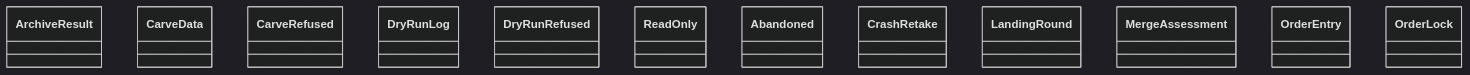
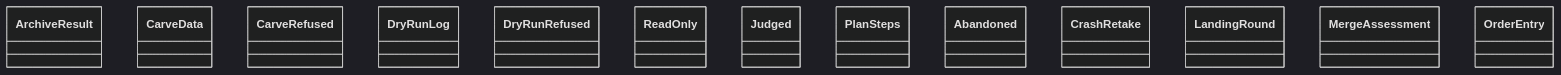
One commit to GonzaloZevallos/agentic-system changed the diagram in docs/architecture/generated/classes-process-application-lifecycle-1.md. Above: the diagram before and after it, drawn with Mermaid (dark theme). The commit also changed other lines of this file and 7 other files, not shown here.

Commit message:
Test the carve-out procedure and place it in the docs clusters

````diff
--- a/docs/architecture/generated/classes-process-application-lifecycle-1.md
+++ b/docs/architecture/generated/classes-process-application-lifecycle-1.md
@@ -19,15 +19,16 @@
 ```mermaid
 classDiagram
     class archive__ArchiveResult["ArchiveResult"]
     class carve_out__CarveData["CarveData"]
     class carve_out__CarveRefused["CarveRefused"]
     class dry_run__DryRunLog["DryRunLog"]
     class dry_run__DryRunRefused["DryRunRefused"]
     class dry_run__ReadOnly["ReadOnly"]
+    class plan_carve_out__Judged["Judged"]
+    class plan_carve_out__PlanSteps["PlanSteps"]
     class poll__Abandoned["Abandoned"]
     class poll__CrashRetake["CrashRetake"]
     class poll__LandingRound["LandingRound"]
     class poll__MergeAssessment["MergeAssessment"]
     class poll__OrderEntry["OrderEntry"]
-    class poll__OrderLock["OrderLock"]
 ```
````
